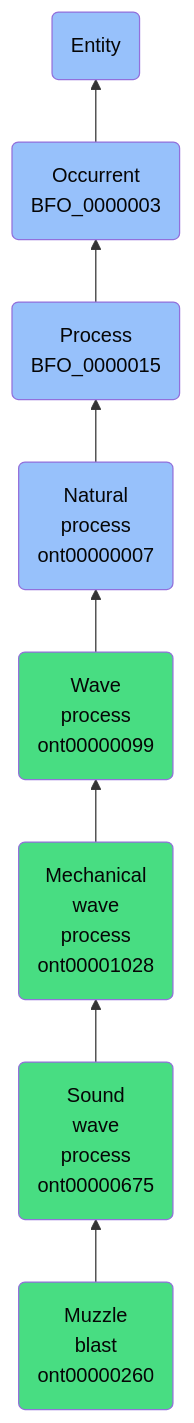
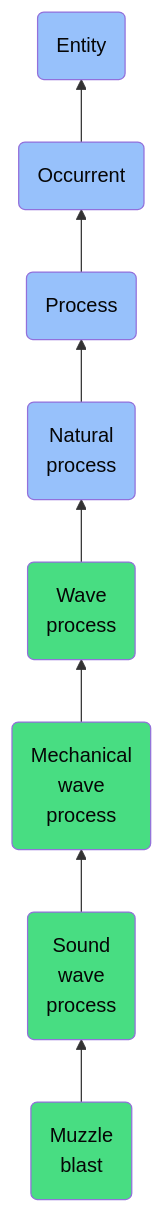
The diagram in docs/ontology/reference/model/Entity/Occurrent/Process/Natural process/Wave process/Mechanical wave process/Sound wave process/Muzzle blast/Muzzle blast.md (jupyter-naas/abi), drawn with Mermaid before and after one commit. The commit also changed other lines of this file and 1430 other files, not shown here.

````diff
--- a/docs/ontology/reference/model/Entity/Occurrent/Process/Natural process/Wave process/Mechanical wave process/Sound wave process/Muzzle blast/Muzzle blast.md
+++ b/docs/ontology/reference/model/Entity/Occurrent/Process/Natural process/Wave process/Mechanical wave process/Sound wave process/Muzzle blast/Muzzle blast.md
@@ -24,15 +24,15 @@
 ```mermaid
 graph BT
-    ont00000260(Muzzle<br>blast<br>ont00000260):::ABI-->ont00000675
-    ont00000675(Sound<br>wave<br>process<br>ont00000675):::ABI-->ont00001028
-    ont00001028(Mechanical<br>wave<br>process<br>ont00001028):::ABI-->ont00000099
-    ont00000099(Wave<br>process<br>ont00000099):::ABI-->ont00000007
-    ont00000007(Natural<br>process<br>ont00000007):::BFO-->BFO_0000015
-    BFO_0000015(Process<br>BFO_0000015):::BFO-->BFO_0000003
-    BFO_0000003(Occurrent<br>BFO_0000003):::BFO-->BFO_0000001
+    ont00000260(Muzzle<br>blast):::ABI-->ont00000675
+    ont00000675(Sound<br>wave<br>process):::ABI-->ont00001028
+    ont00001028(Mechanical<br>wave<br>process):::ABI-->ont00000099
+    ont00000099(Wave<br>process):::ABI-->ont00000007
+    ont00000007(Natural<br>process):::BFO-->BFO_0000015
+    BFO_0000015(Process):::BFO-->BFO_0000003
+    BFO_0000003(Occurrent):::BFO-->BFO_0000001
     BFO_0000001(Entity):::BFO
     
     classDef BFO fill:#97c1fb,color:#060606
     classDef CCO fill:#e4c51e,color:#060606
     classDef ABI fill:#48DD82,color:#060606
 ```
````
